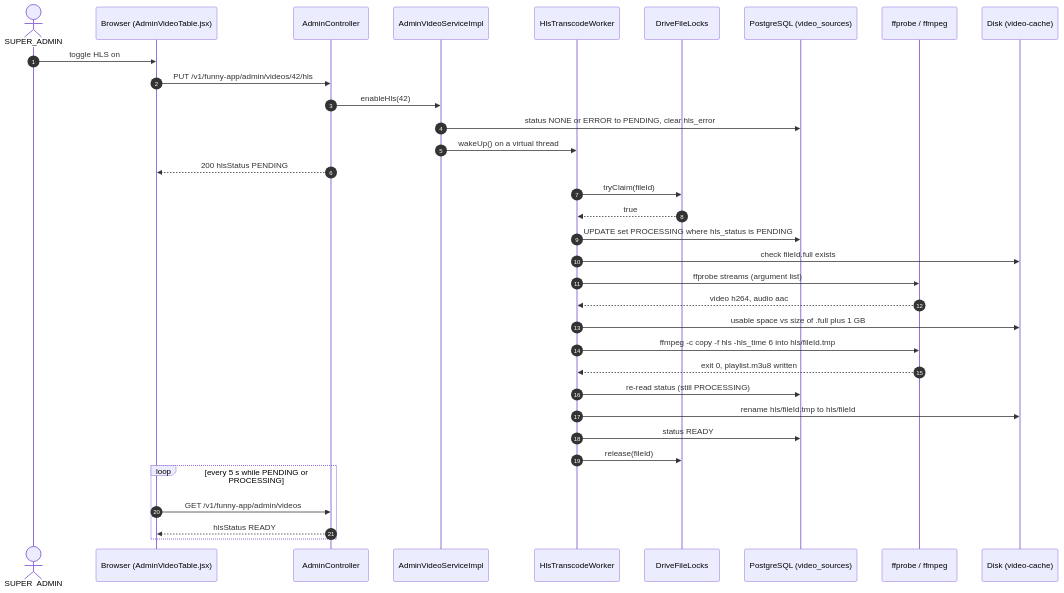
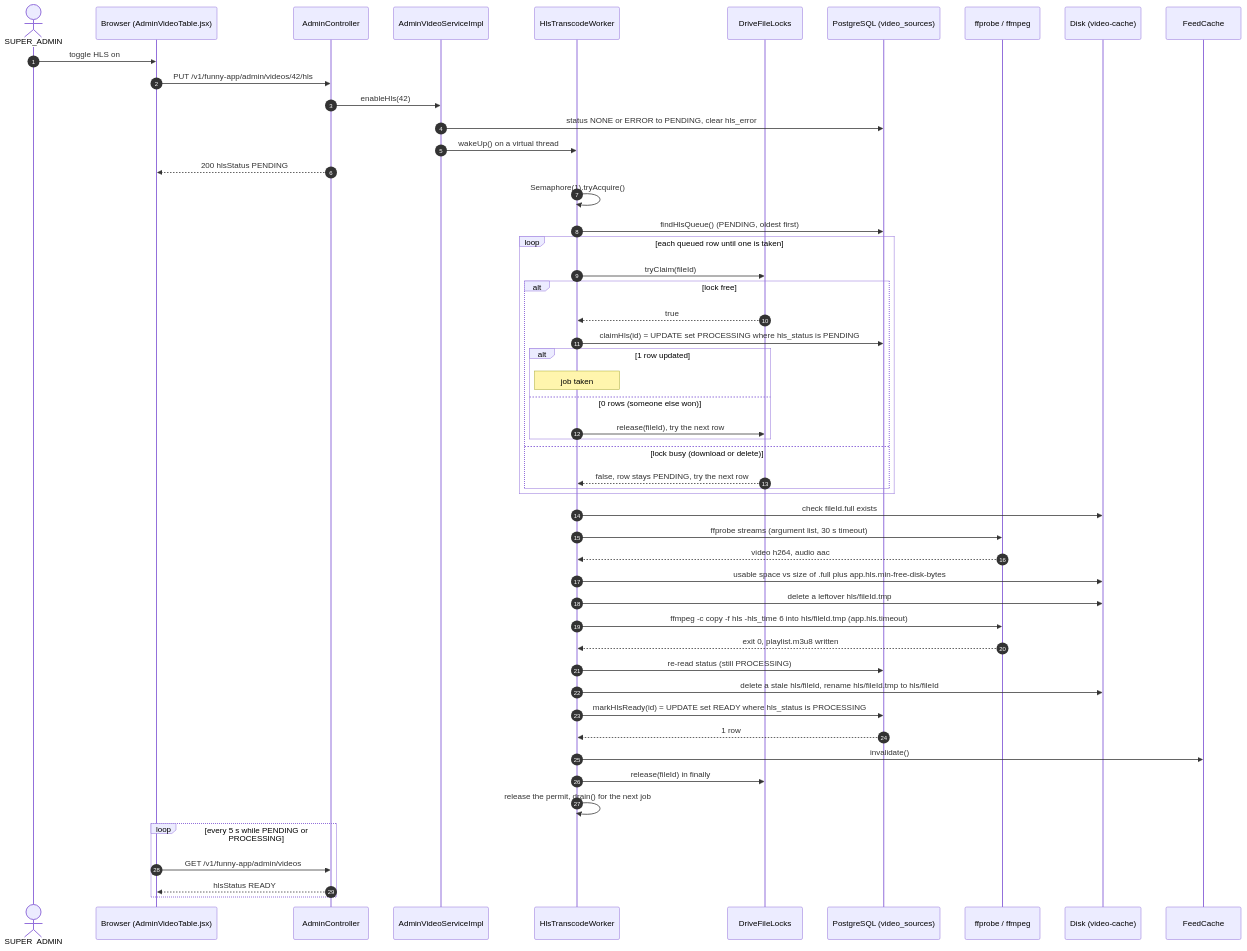
The first of 6 diagrams in docs/sequence/sequence-hls-streaming.md (nguyenhuuca/assessment), drawn with Mermaid before and after one commit. The commit also changed other lines of this file, not shown here.

First line of the commit message:
docs(hls): bring sequence flows 1, 2, 5 and 6 up to date with the code

````diff
--- a/docs/sequence/sequence-hls-streaming.md
+++ b/docs/sequence/sequence-hls-streaming.md
@@ -12,37 +12,58 @@
 ```mermaid
 sequenceDiagram
     autonumber
     actor SA as SUPER_ADMIN
     participant FE as Browser (AdminVideoTable.jsx)
     participant API as AdminController
     participant S as AdminVideoServiceImpl
     participant W as HlsTranscodeWorker
     participant L as DriveFileLocks
     participant DB as PostgreSQL (video_sources)
     participant FF as ffprobe / ffmpeg
     participant FS as Disk (video-cache)
+    participant FC as FeedCache
 
     SA->>FE: toggle HLS on
     FE->>API: PUT /v1/funny-app/admin/videos/42/hls
     API->>S: enableHls(42)
     S->>DB: status NONE or ERROR to PENDING, clear hls_error
     S->>W: wakeUp() on a virtual thread
     API-->>FE: 200 hlsStatus PENDING
-    W->>L: tryClaim(fileId)
-    L-->>W: true
-    W->>DB: UPDATE set PROCESSING where hls_status is PENDING
+
+    W->>W: Semaphore(1).tryAcquire()
+    W->>DB: findHlsQueue() (PENDING, oldest first)
+    loop each queued row until one is taken
+        W->>L: tryClaim(fileId)
+        alt lock free
+            L-->>W: true
+            W->>DB: claimHls(id) = UPDATE set PROCESSING where hls_status is PENDING
+            alt 1 row updated
+                Note over W: job taken
+            else 0 rows (someone else won)
+                W->>L: release(fileId), try the next row
+            end
+        else lock busy (download or delete)
+            L-->>W: false, row stays PENDING, try the next row
+        end
+    end
+
     W->>FS: check fileId.full exists
-    W->>FF: ffprobe streams (argument list)
+    W->>FF: ffprobe streams (argument list, 30 s timeout)
     FF-->>W: video h264, audio aac
-    W->>FS: usable space vs size of .full plus 1 GB
-    W->>FF: ffmpeg -c copy -f hls -hls_time 6 into hls/fileId.tmp
+    W->>FS: usable space vs size of .full plus app.hls.min-free-disk-bytes
+    W->>FS: delete a leftover hls/fileId.tmp
+    W->>FF: ffmpeg -c copy -f hls -hls_time 6 into hls/fileId.tmp (app.hls.timeout)
     FF-->>W: exit 0, playlist.m3u8 written
     W->>DB: re-read status (still PROCESSING)
-    W->>FS: rename hls/fileId.tmp to hls/fileId
-    W->>DB: status READY
-    W->>L: release(fileId)
+    W->>FS: delete a stale hls/fileId, rename hls/fileId.tmp to hls/fileId
+    W->>DB: markHlsReady(id) = UPDATE set READY where hls_status is PROCESSING
+    DB-->>W: 1 row
+    W->>FC: invalidate()
+    W->>L: release(fileId) in finally
+    W->>W: release the permit, drain() for the next job
+
     loop every 5 s while PENDING or PROCESSING
         FE->>API: GET /v1/funny-app/admin/videos
         API-->>FE: hlsStatus READY
     end
 ```
````
